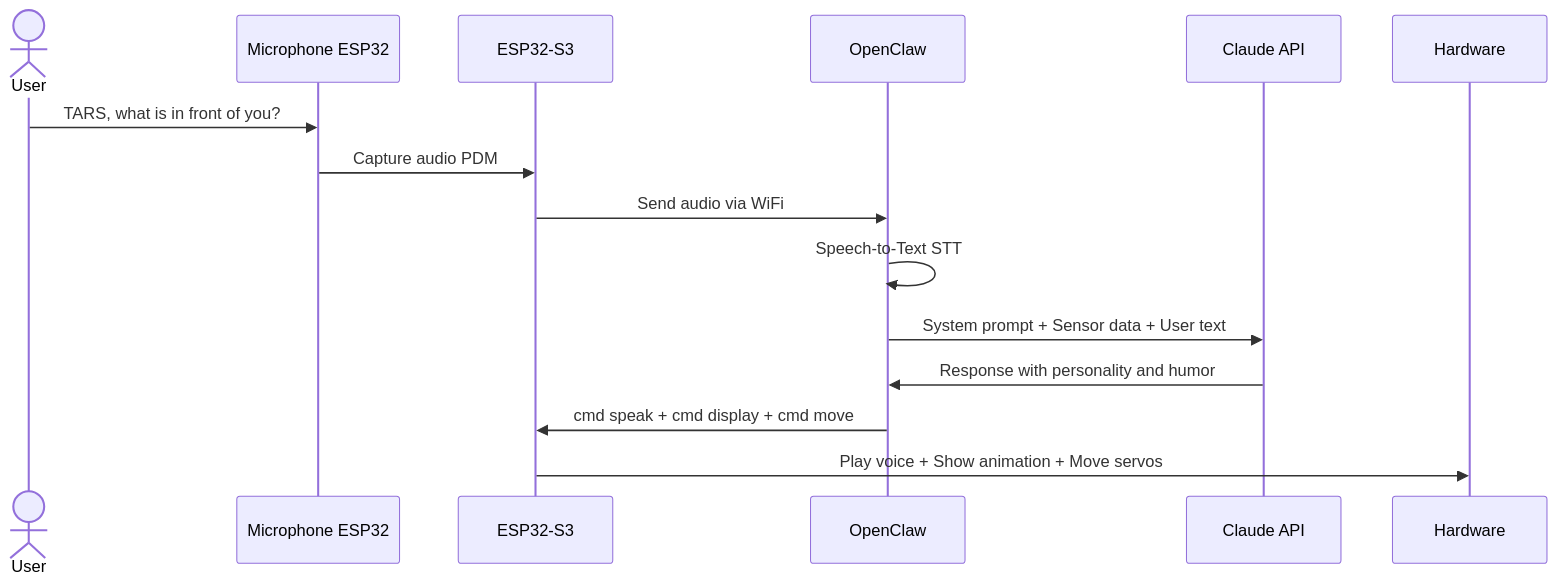
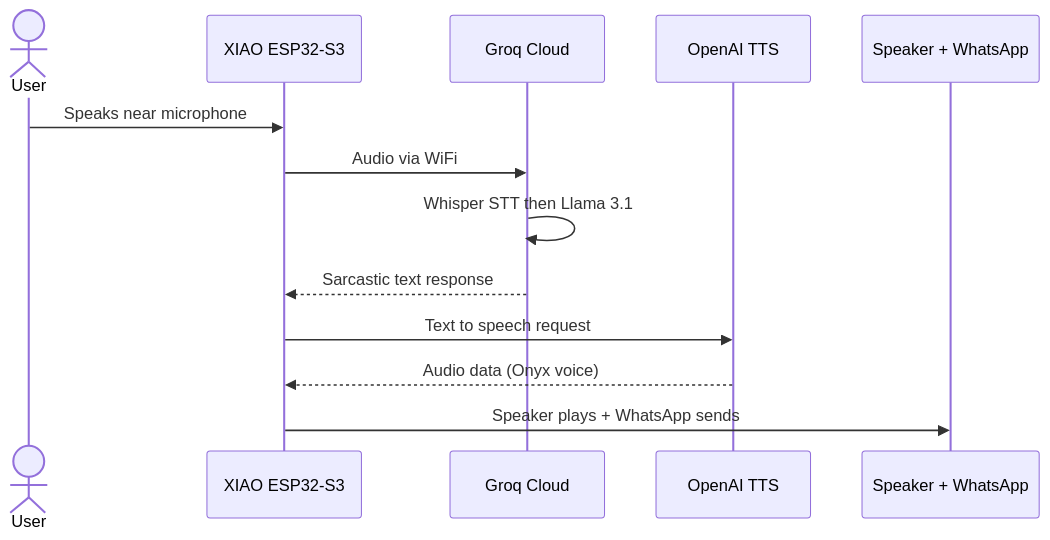
The third of 3 diagrams in README.md (zabbix-byte/real-tars), drawn with Mermaid before and after one commit. The commit also changed other lines of this file and 4 other files, not shown here.

Commit message:
Refactor README.md: Streamline project overview, architecture, and component details; enhance clarity and organization; update cost estimates and add phase documentation.

````diff
--- a/README.md
+++ b/README.md
@@ -655,18 +107,16 @@
 ```mermaid
 sequenceDiagram
     actor User
-    participant MIC as Microphone ESP32
-    participant ESP as ESP32-S3
-    participant OC as OpenClaw
-    participant CL as Claude API
-    participant HW as Hardware
+    participant XIAO as XIAO ESP32-S3
+    participant GROQ as Groq Cloud
+    participant TTS as OpenAI TTS
+    participant OUT as Speaker + WhatsApp
 
-    User->>MIC: TARS, what is in front of you?
-    MIC->>ESP: Capture audio PDM
-    ESP->>OC: Send audio via WiFi
-    OC->>OC: Speech-to-Text STT
-    OC->>CL: System prompt + Sensor data + User text
-    CL->>OC: Response with personality and humor
-    OC->>ESP: cmd speak + cmd display + cmd move
-    ESP->>HW: Play voice + Show animation + Move servos
+    User->>XIAO: Speaks near microphone
+    XIAO->>GROQ: Audio via WiFi
+    GROQ->>GROQ: Whisper STT then Llama 3.1
+    GROQ-->>XIAO: Sarcastic text response
+    XIAO->>TTS: Text to speech request
+    TTS-->>XIAO: Audio data (Onyx voice)
+    XIAO->>OUT: Speaker plays + WhatsApp sends
 ```
````
